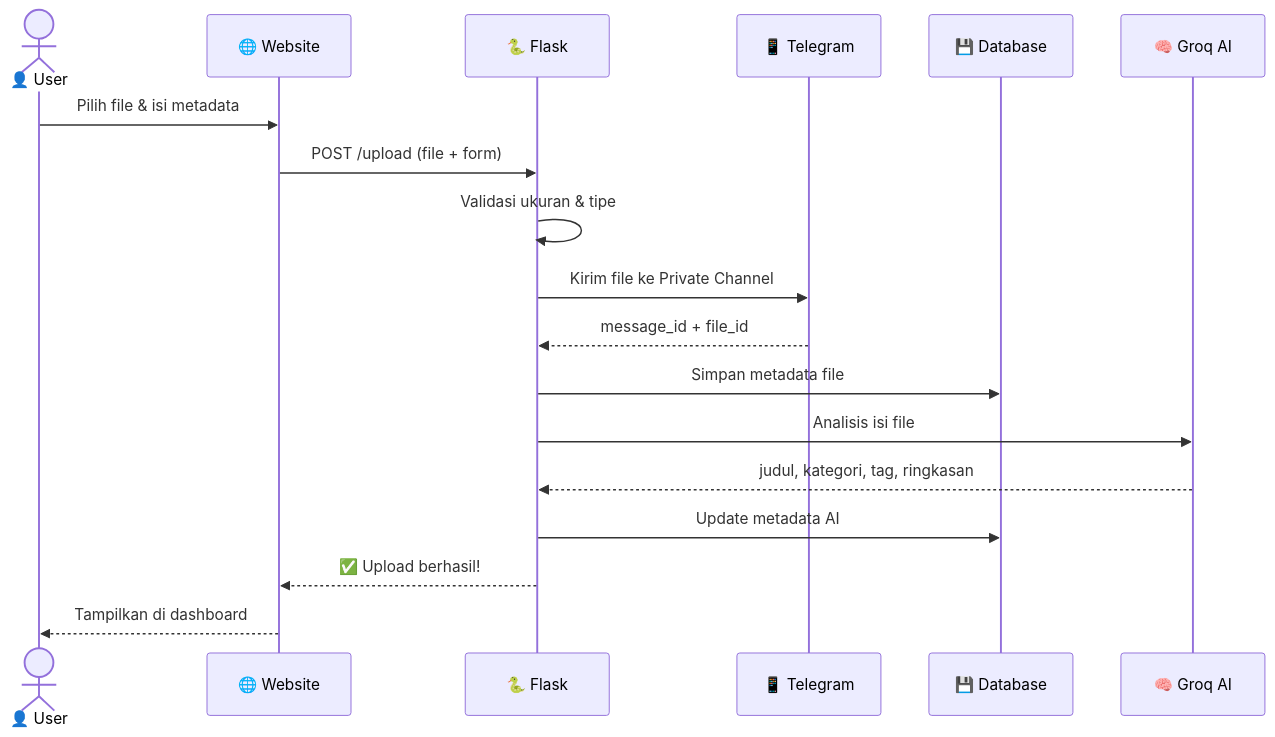
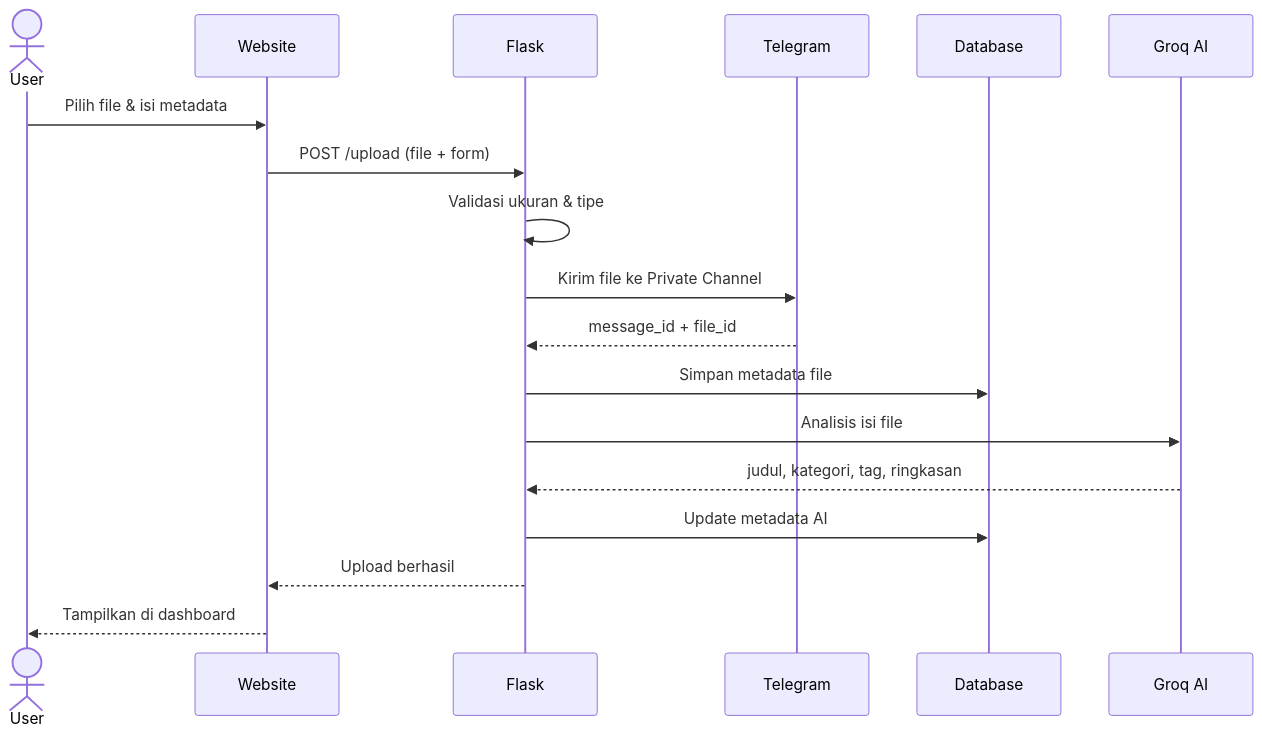
One commit to Sulthonikamalm/cloudtubes-gonanku changed the second of 7 diagrams in README.md. Above: the diagram before and after it, drawn with Mermaid. The commit also changed other lines of this file, not shown here.

````diff
--- a/README.md
+++ b/README.md
@@ -119,21 +119,21 @@
 ```mermaid
 sequenceDiagram
-    actor U as 👤 User
-    participant W as 🌐 Website
-    participant F as 🐍 Flask
-    participant T as 📱 Telegram
-    participant D as 💾 Database
-    participant A as 🧠 Groq AI
+    actor U as User
+    participant W as Website
+    participant F as Flask
+    participant T as Telegram
+    participant D as Database
+    participant A as Groq AI
 
     U->>W: Pilih file & isi metadata
     W->>F: POST /upload (file + form)
     F->>F: Validasi ukuran & tipe
     F->>T: Kirim file ke Private Channel
     T-->>F: message_id + file_id
     F->>D: Simpan metadata file
     F->>A: Analisis isi file
     A-->>F: judul, kategori, tag, ringkasan
     F->>D: Update metadata AI
-    F-->>W: ✅ Upload berhasil!
+    F-->>W: Upload berhasil
     W-->>U: Tampilkan di dashboard
 ```
````
